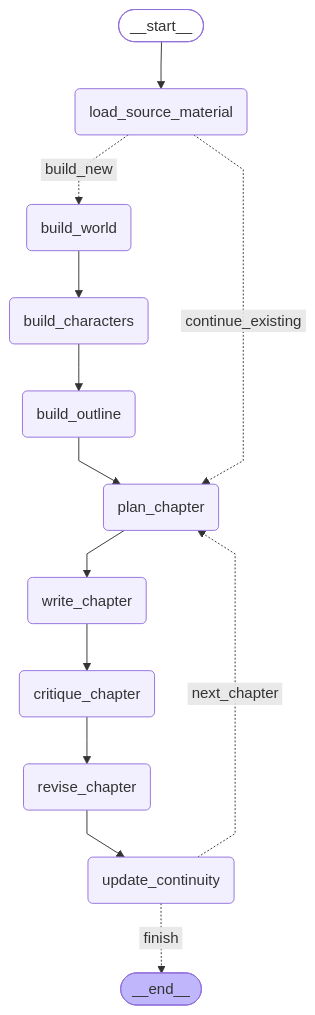
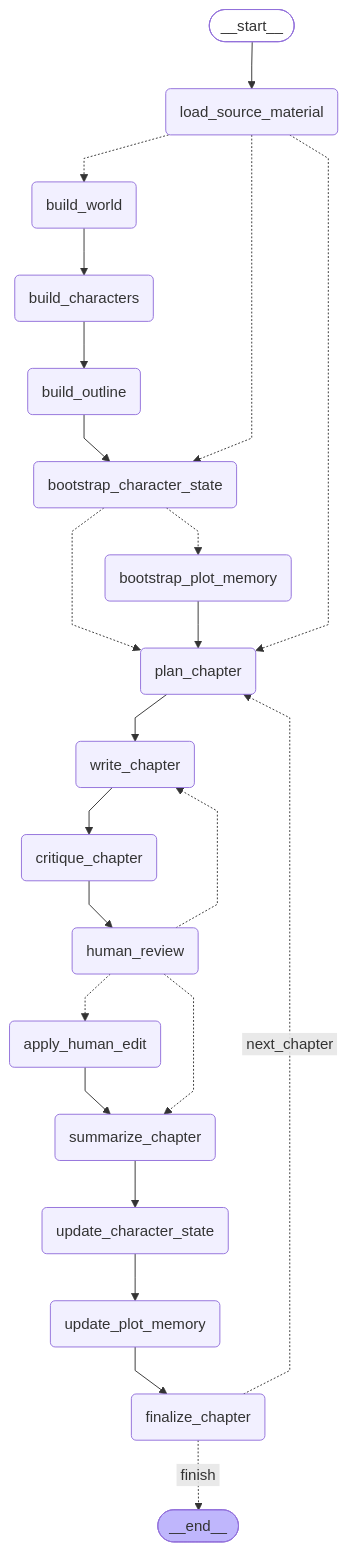
The diagram in diagrams/novel_agent_flow.md (CathySamaNUS/Novel_Rich), drawn with Mermaid before and after one commit. The commit also changed 7 other files, not shown here.

````diff
--- a/diagrams/novel_agent_flow.md
+++ b/diagrams/novel_agent_flow.md
@@ -3,35 +3,51 @@
 ```mermaid
 ---
 config:
   flowchart:
     curve: linear
 ---
 graph TD;
 	__start__([<p>__start__</p>]):::first
 	load_source_material(load_source_material)
 	build_world(build_world)
 	build_characters(build_characters)
 	build_outline(build_outline)
+	bootstrap_character_state(bootstrap_character_state)
+	bootstrap_plot_memory(bootstrap_plot_memory)
 	plan_chapter(plan_chapter)
 	write_chapter(write_chapter)
 	critique_chapter(critique_chapter)
-	revise_chapter(revise_chapter)
-	update_continuity(update_continuity)
+	human_review(human_review)
+	apply_human_edit(apply_human_edit)
+	summarize_chapter(summarize_chapter)
+	update_character_state(update_character_state)
+	update_plot_memory(update_plot_memory)
+	finalize_chapter(finalize_chapter)
 	__end__([<p>__end__</p>]):::last
 	__start__ --> load_source_material;
+	apply_human_edit --> summarize_chapter;
+	bootstrap_character_state -.-> bootstrap_plot_memory;
+	bootstrap_character_state -.-> plan_chapter;
+	bootstrap_plot_memory --> plan_chapter;
 	build_characters --> build_outline;
-	build_outline --> plan_chapter;
+	build_outline --> bootstrap_character_state;
 	build_world --> build_characters;
-	critique_chapter --> revise_chapter;
-	load_source_material -. &nbsp;build_new&nbsp; .-> build_world;
-	load_source_material -. &nbsp;continue_existing&nbsp; .-> plan_chapter;
+	critique_chapter --> human_review;
+	finalize_chapter -. &nbsp;finish&nbsp; .-> __end__;
+	finalize_chapter -. &nbsp;next_chapter&nbsp; .-> plan_chapter;
+	human_review -.-> apply_human_edit;
+	human_review -.-> summarize_chapter;
+	human_review -.-> write_chapter;
+	load_source_material -.-> bootstrap_character_state;
+	load_source_material -.-> build_world;
+	load_source_material -.-> plan_chapter;
 	plan_chapter --> write_chapter;
-	revise_chapter --> update_continuity;
-	update_continuity -. &nbsp;finish&nbsp; .-> __end__;
-	update_continuity -. &nbsp;next_chapter&nbsp; .-> plan_chapter;
+	summarize_chapter --> update_character_state;
+	update_character_state --> update_plot_memory;
+	update_plot_memory --> finalize_chapter;
 	write_chapter --> critique_chapter;
 	classDef default fill:#f2f0ff,line-height:1.2
 	classDef first fill-opacity:0
 	classDef last fill:#bfb6fc
 
 ```
````
